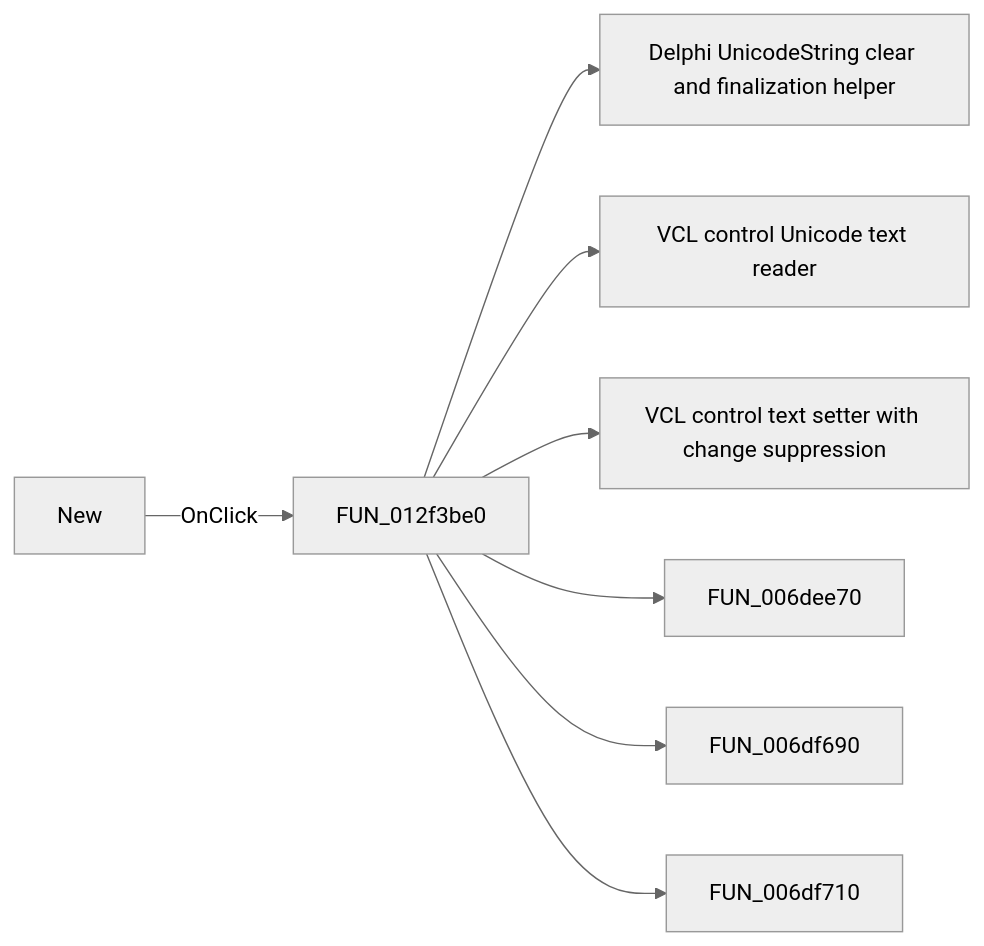
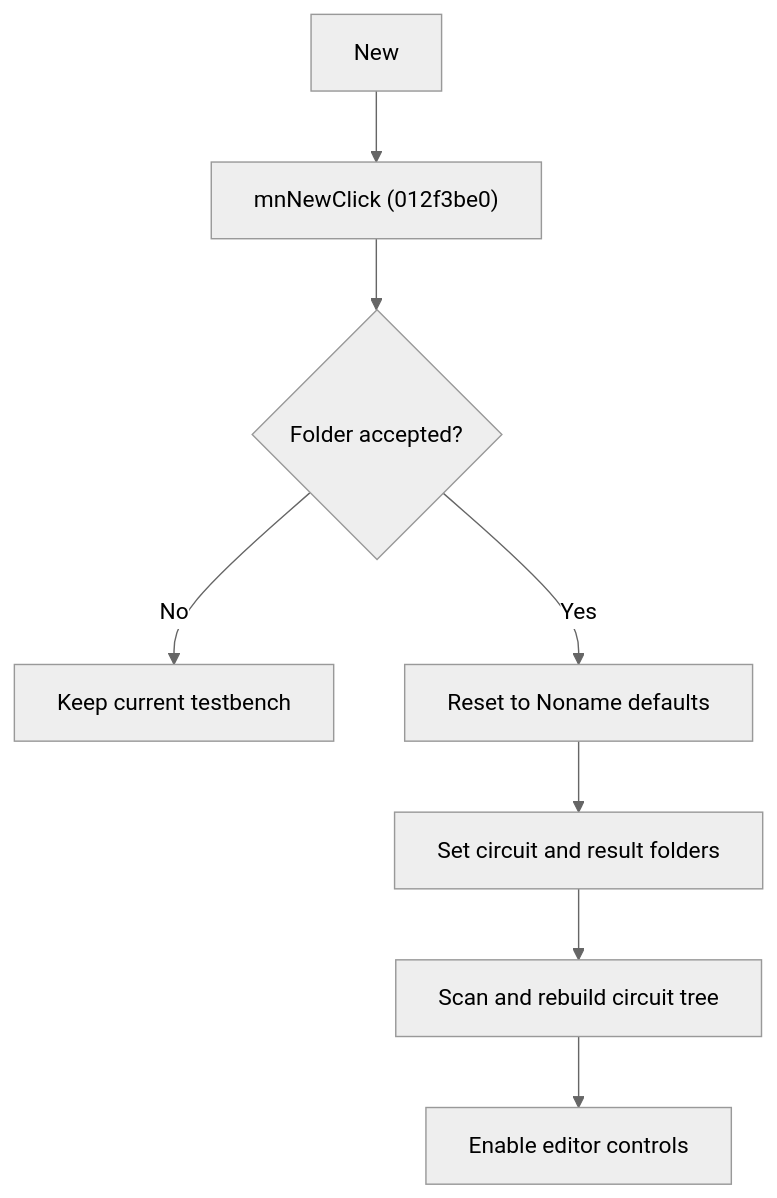
One commit to MovGP0/TIARA changed the diagram in docs/ui-controls/frmmodeltestbencheditor/mnnew-4c8e329090.md. Above: the diagram before and after it, drawn with Mermaid (neutral theme). The commit also changed other lines of this file and 387 other files, not shown here.

````diff
--- a/docs/ui-controls/frmmodeltestbencheditor/mnnew-4c8e329090.md
+++ b/docs/ui-controls/frmmodeltestbencheditor/mnnew-4c8e329090.md
@@ -27,10 +29,10 @@
 ```mermaid
-flowchart LR
-    control["New"] -->|OnClick| handler["FUN_012f3be0"]
-    handler --> call1["Delphi UnicodeString clear and finalization helper"]
-    handler --> call2["VCL control Unicode text reader"]
-    handler --> call3["VCL control text setter with change suppression"]
-    handler --> call4["FUN_006dee70"]
-    handler --> call5["FUN_006df690"]
-    handler --> call6["FUN_006df710"]
+flowchart TD
+    control["New"] --> handler["mnNewClick (012f3be0)"]
+    handler --> accepted{"Folder accepted?"}
+    accepted -->|No| stop["Keep current testbench"]
+    accepted -->|Yes| reset["Reset to Noname defaults"]
+    reset --> paths["Set circuit and result folders"]
+    paths --> scan["Scan and rebuild circuit tree"]
+    scan --> enable["Enable editor controls"]
 ```
````
